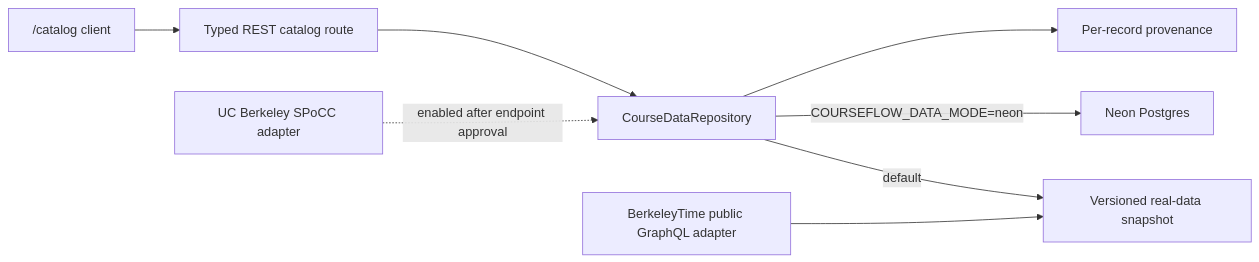
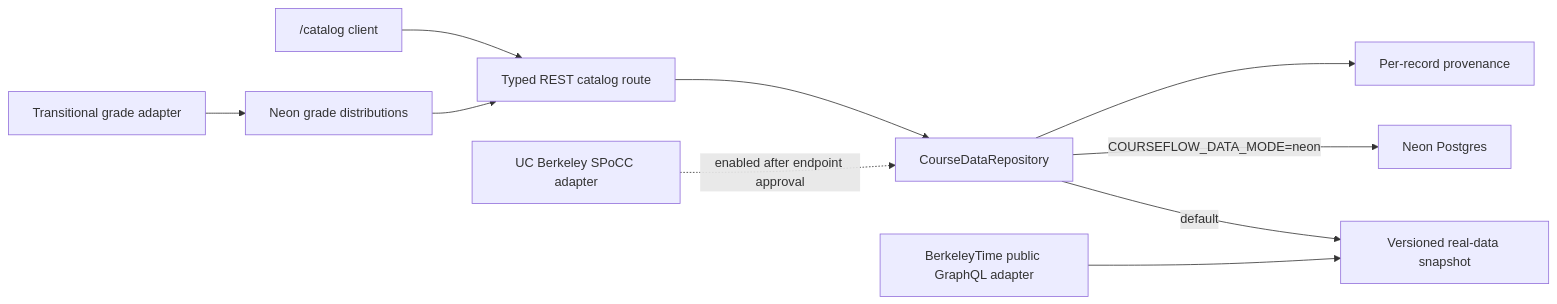
One commit to pharzy1/courseflow changed the second of 3 diagrams in docs/ARCHITECTURE.md. Above: the diagram before and after it, drawn with Mermaid. The commit also changed other lines of this file and 16 other files, not shown here.

````diff
--- a/docs/ARCHITECTURE.md
+++ b/docs/ARCHITECTURE.md
@@ -27,10 +27,12 @@
 ```mermaid
 flowchart LR
   UI["/catalog client"] --> API["Typed REST catalog route"]
   API --> R["CourseDataRepository"]
   R -->|"default"| S["Versioned real-data snapshot"]
   R -->|"COURSEFLOW_DATA_MODE=neon"| N["Neon Postgres"]
   BT["BerkeleyTime public GraphQL adapter"] --> S
+  BG["Transitional grade adapter"] --> G["Neon grade distributions"]
+  G --> API
   SP["UC Berkeley SPoCC adapter"] -. "enabled after endpoint approval" .-> R
   R --> P["Per-record provenance"]
 ```
````
